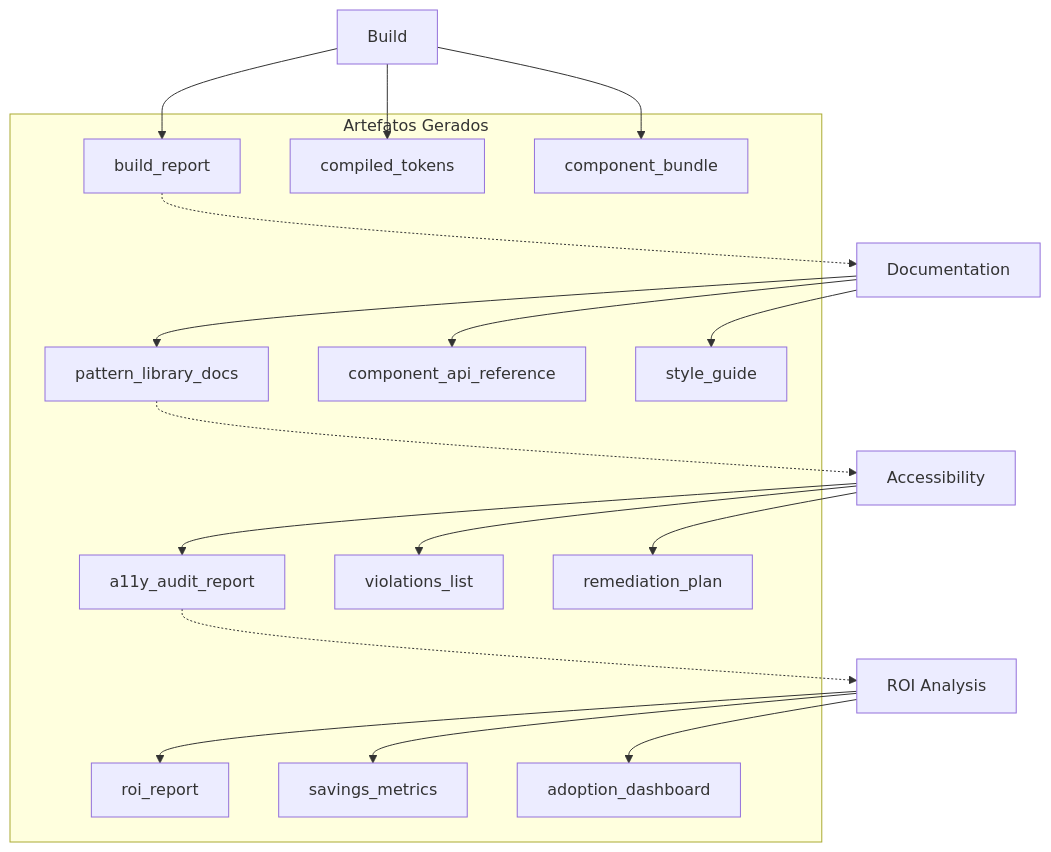
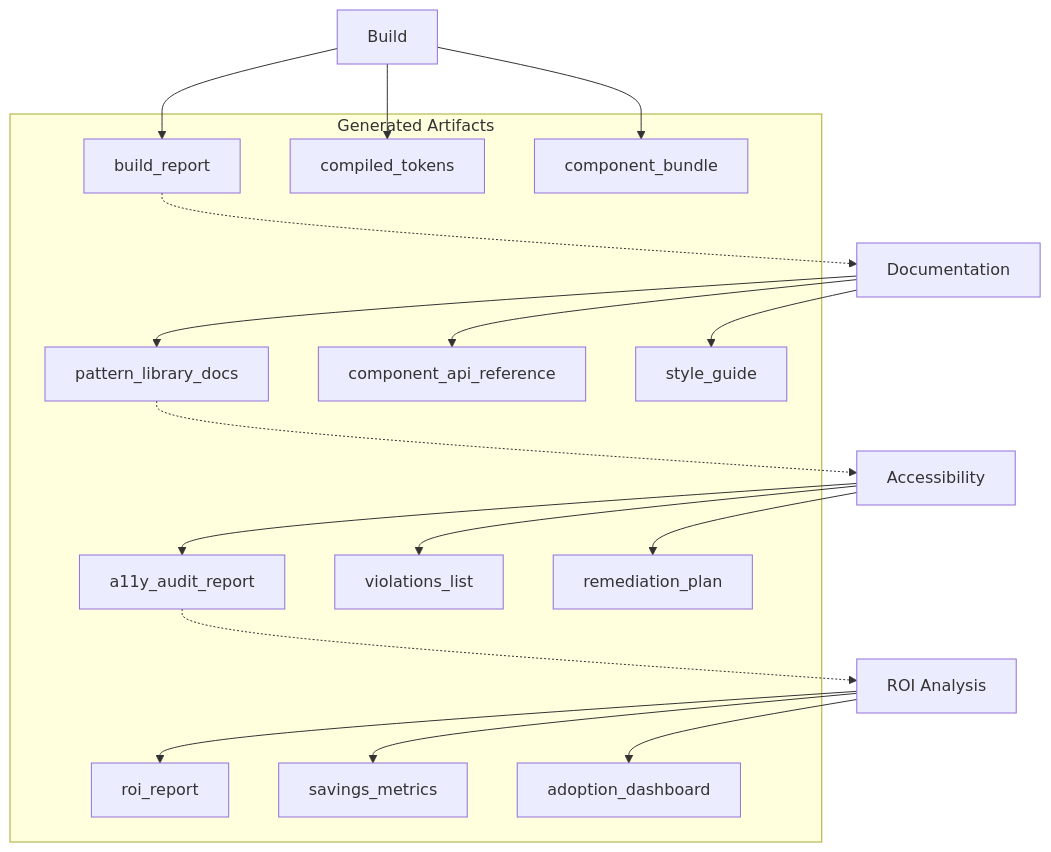
The third of 7 diagrams in docs/aexos-workflows/design-system-build-quality-workflow.md (CyryxLabs/AEXOS), drawn with Mermaid before and after one commit. The commit also changed other lines of this file and 528 other files, not shown here.

````diff
--- a/docs/aexos-workflows/design-system-build-quality-workflow.md
+++ b/docs/aexos-workflows/design-system-build-quality-workflow.md
@@ -184,26 +184,26 @@
 ```mermaid
 graph TD
-    subgraph Outputs["Artefatos Gerados"]
+    subgraph Outputs["Generated Artifacts"]
         O1[build_report]
         O2[compiled_tokens]
         O3[component_bundle]
         O4[pattern_library_docs]
         O5[component_api_reference]
         O6[style_guide]
         O7[a11y_audit_report]
         O8[violations_list]
         O9[remediation_plan]
         O10[roi_report]
         O11[savings_metrics]
         O12[adoption_dashboard]
     end
 
     BUILD[Build] --> O1 & O2 & O3
     DOCS[Documentation] --> O4 & O5 & O6
     A11Y[Accessibility] --> O7 & O8 & O9
     ROI[ROI Analysis] --> O10 & O11 & O12
 
     O1 -.-> DOCS
     O4 -.-> A11Y
     O7 -.-> ROI
 ```
````
